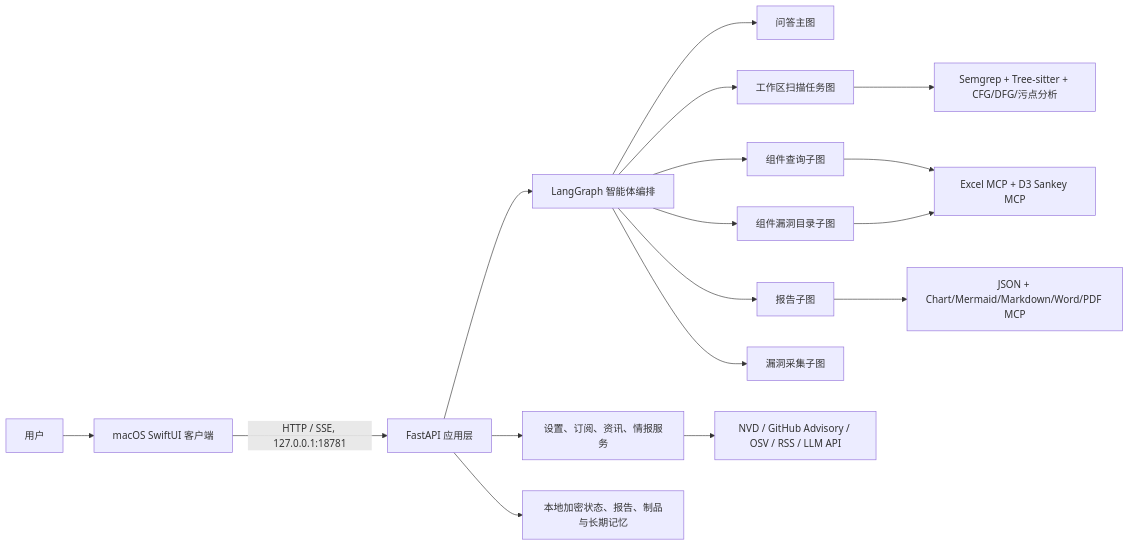
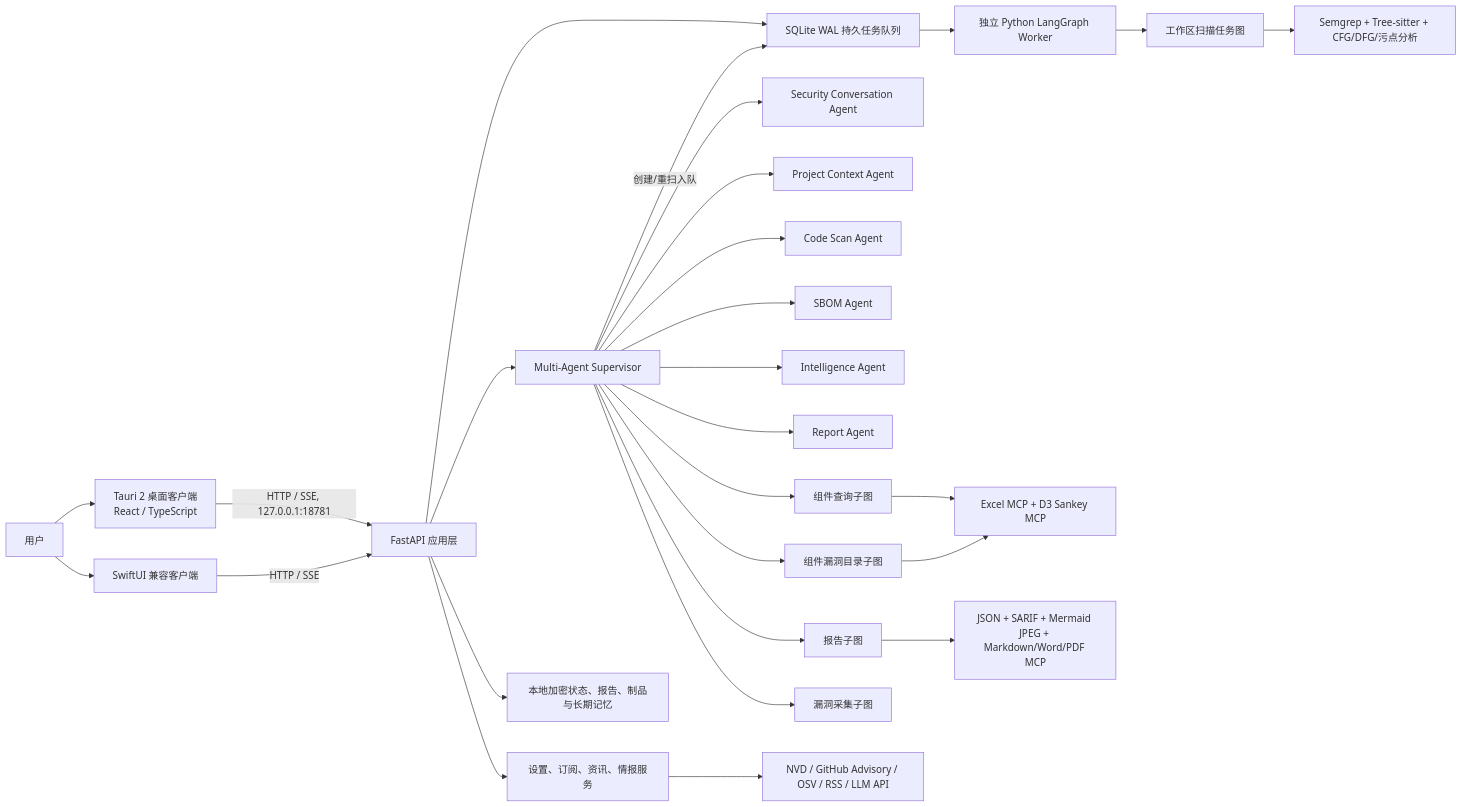
Before and after one commit to FuNianTongXue/AegisAl: the diagram in docs/ARCHITECTURE.md, drawn with Mermaid. The commit also changed other lines of this file and 289 other files, not shown here.

````diff
--- a/docs/ARCHITECTURE.md
+++ b/docs/ARCHITECTURE.md
@@ -17,19 +31,29 @@
 ```mermaid
 flowchart LR
-    U["用户"] --> M["macOS SwiftUI 客户端"]
+    U["用户"] --> M["Tauri 2 桌面客户端<br/>React / TypeScript"]
+    U --> L["SwiftUI 兼容客户端"]
     M -->|"HTTP / SSE, 127.0.0.1:18781"| A["FastAPI 应用层"]
-    A --> G["LangGraph 智能体编排"]
+    L -->|"HTTP / SSE"| A
+    A --> J["SQLite WAL 持久任务队列"]
+    J --> W["独立 Python LangGraph Worker"]
+    W --> T["工作区扫描任务图"]
+    A --> G["Multi-Agent Supervisor"]
     A --> S["设置、订阅、资讯、情报服务"]
-    G --> Q["问答主图"]
-    G --> T["工作区扫描任务图"]
+    G --> Q["Security Conversation Agent"]
+    G --> PC["Project Context Agent"]
+    G --> CSA["Code Scan Agent"]
+    G --> SBA["SBOM Agent"]
+    G --> IA["Intelligence Agent"]
+    G --> RA["Report Agent"]
+    G -->|"创建/重扫入队"| J
     G --> C["组件查询子图"]
     G --> CC["组件漏洞目录子图"]
     G --> R["报告子图"]
     G --> V["漏洞采集子图"]
     T --> E["Semgrep + Tree-sitter + CFG/DFG/污点分析"]
     C --> CM["Excel MCP + D3 Sankey MCP"]
     CC --> CM
-    R --> RM["JSON + Chart/Mermaid/Markdown/Word/PDF MCP"]
+    R --> RM["JSON + SARIF + Mermaid JPEG + Markdown/Word/PDF MCP"]
     A --> D["本地加密状态、报告、制品与长期记忆"]
     S --> X["NVD / GitHub Advisory / OSV / RSS / LLM API"]
 ```
````
